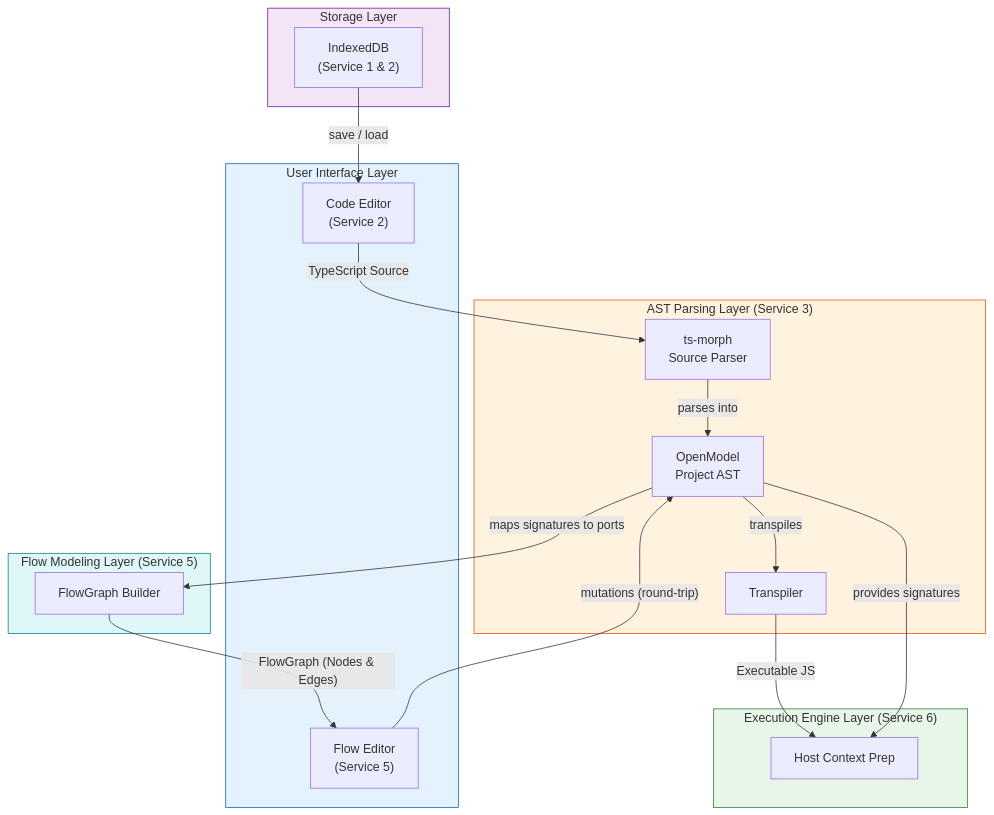
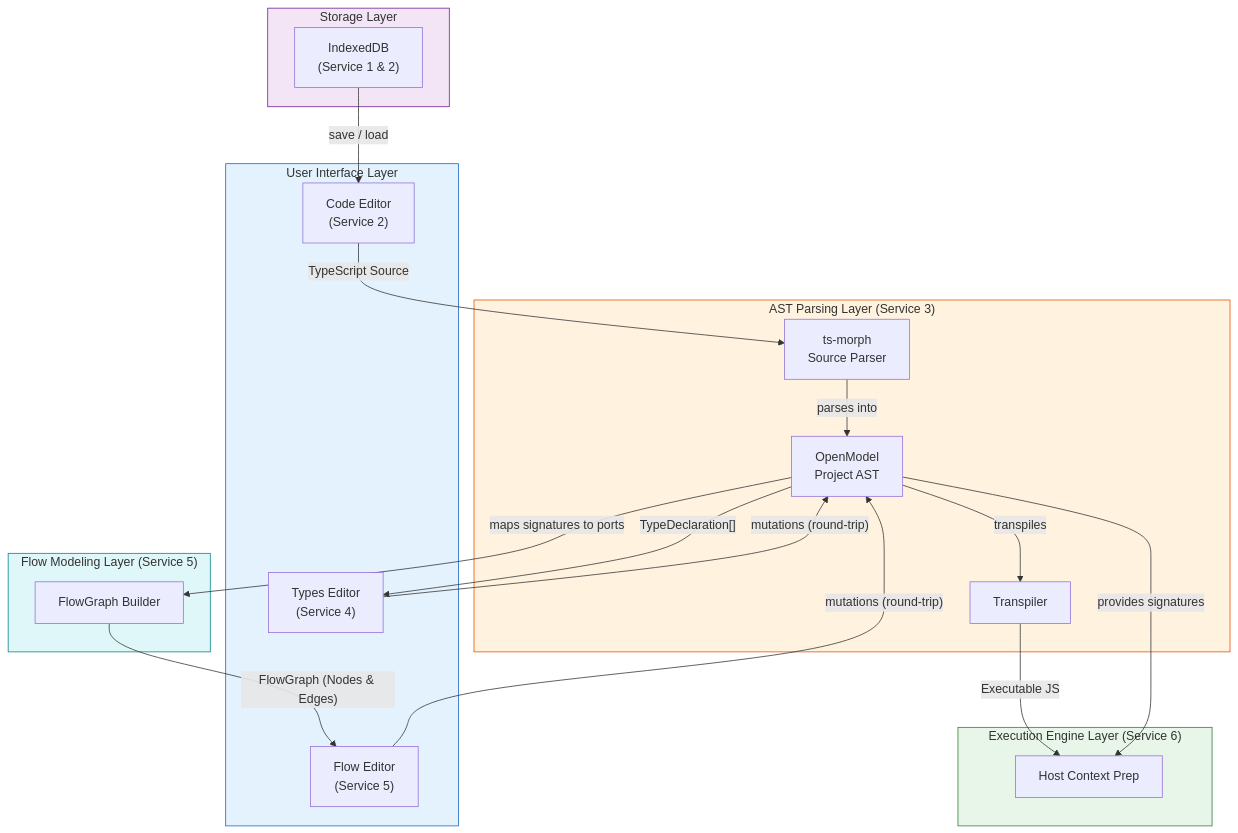
One commit to rimvydasb/open-modeler-ts changed the first of 3 diagrams in docs/03_AST_PARSING_ARCH.md. Above: the diagram before and after it, drawn with Mermaid. The commit also changed other lines of this file and 6 other files, not shown here.

````diff
--- a/docs/03_AST_PARSING_ARCH.md
+++ b/docs/03_AST_PARSING_ARCH.md
@@ -34,43 +34,47 @@
 ```mermaid
 graph TB
     subgraph PersistenceLayer["Storage Layer"]
         IDB["IndexedDB<br/>(Service 1 & 2)"]
     end
 
     subgraph UserInterface["User Interface Layer"]
         CE["Code Editor<br/>(Service 2)"]
+        TE["Types Editor<br/>(Service 4)"]
         FE["Flow Editor<br/>(Service 5)"]
     end
 
     subgraph AnalysisLayer["AST Parsing Layer (Service 3)"]
         TSM["ts-morph<br/>Source Parser"]
         AST["OpenModel<br/>Project AST"]
         TRANS["Transpiler"]
     end
 
     subgraph FlowModelingLayer["Flow Modeling Layer (Service 5)"]
         FGB["FlowGraph Builder"]
     end
 
     subgraph ExecutionLayer["Execution Engine Layer (Service 6)"]
         VM_PREP["Host Context Prep"]
     end
 
     IDB -- " save / load " --> CE
     CE -- " TypeScript Source " --> TSM
     TSM -- " parses into " --> AST
 
+    AST -- " TypeDeclaration[] " --> TE
+    TE -- " mutations (round-trip) " --> AST
+
     AST -- " maps signatures to ports " --> FGB
     FGB -- " FlowGraph (Nodes & Edges) " --> FE
     FE -- " mutations (round-trip) " --> AST
 
     AST -- " transpiles " --> TRANS
     TRANS -- " Executable JS " --> VM_PREP
     AST -- " provides signatures " --> VM_PREP
 
     style PersistenceLayer fill: #f3e5f5, stroke: #6a1b9a
     style UserInterface fill: #e3f2fd, stroke: #1565c0
     style AnalysisLayer fill: #fff3e0, stroke: #e65100
     style FlowModelingLayer fill: #e0f7fa, stroke: #00838f
     style ExecutionLayer fill: #e8f5e9, stroke: #2e7d32
 ```
````
